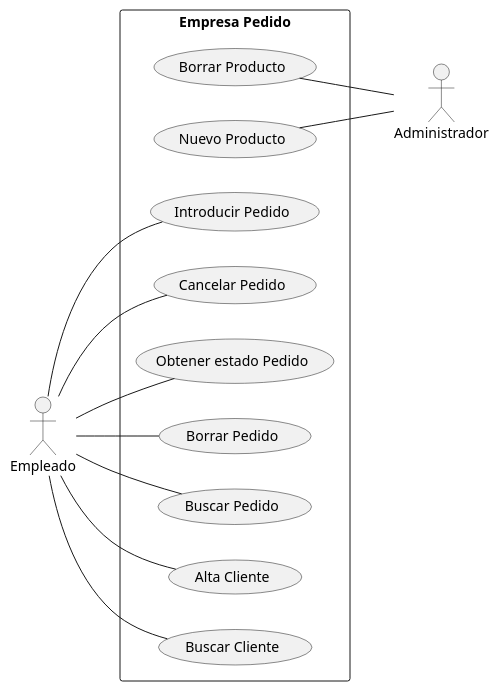
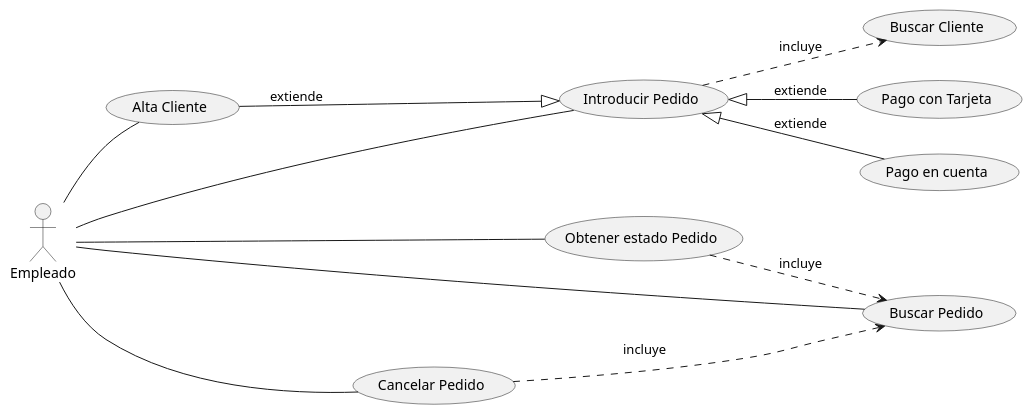
Before and after one commit to tatianagarijo/UMLCasosUsoTatianaGarijo: the diagram in src/Diagrmas_TGA.puml, drawn with PlantUML. The commit also changed 3 other files, not shown here.

```diff
--- a/src/Diagrmas_TGA.puml
+++ b/src/Diagrmas_TGA.puml
@@ -1,25 +1,28 @@
 @startuml
     left to right direction
     :Empleado: as emp
-    :Administrador: as admin
-    rectangle "Empresa Pedido"{
-        usecase "Introducir Pedido" as uc1
-        usecase "Cancelar Pedido" as uc2
+
+        usecase "Alta Cliente" as uc1
+        usecase "Introducir Pedido" as uc2
         usecase "Obtener estado Pedido" as uc3
-        usecase "Borrar Pedido" as uc4
-        usecase "Buscar Pedido" as uc5
-        usecase "Alta Cliente" as uc6
-        usecase "Buscar Cliente" as uc7
-        usecase "Nuevo Producto" as uc8
-        usecase "Borrar Producto" as uc9
-    }
-    emp -u- uc1
-    emp -- uc2
-    emp -- uc3
+        usecase "Buscar Pedido" as uc4
+        usecase "Cancelar Pedido" as uc5
+        usecase "Buscar Cliente" as uc6
+        usecase "Pago con Tarjeta" as uc7
+        usecase "Pago en cuenta" as uc8
+
+    emp - uc1
+    emp --- uc2
+    emp --- uc3
     emp -- uc4
     emp -- uc5
-    emp -- uc6
-    emp -- uc7
-    admin -u- uc8
-    admin -l- uc9
+
+
+    uc2 <|-left-- uc1 : extiende
+    uc2 <|-- uc7 : extiende
+     uc2 <|-- uc8 : extiende
+
+    uc2 ..> uc6 : incluye
+    uc3 ..> uc4 : incluye
+    uc5 ..> uc4 : incluye
 @enduml
```
